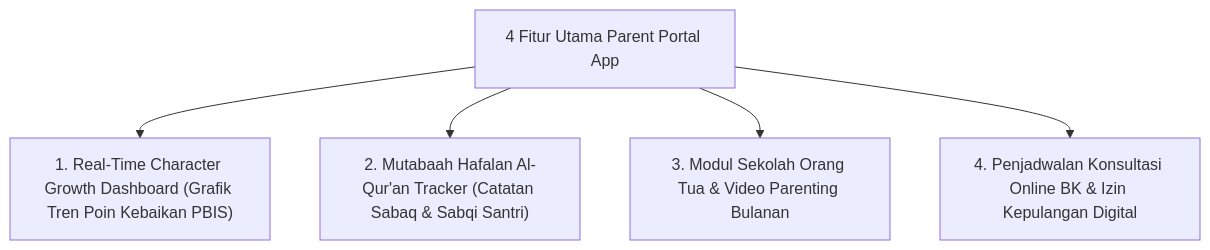
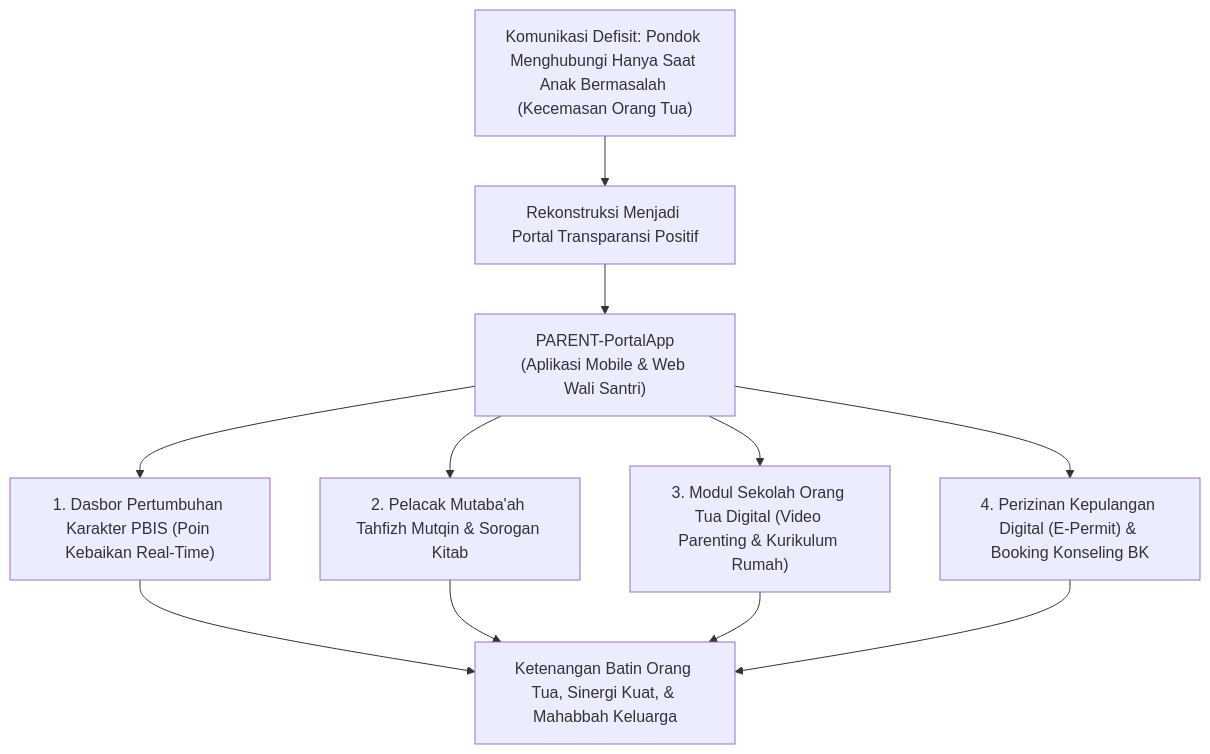
One commit to wandiapriliyandi/tumbuh changed the first of 2 diagrams in 11 Tools/08 Digital Tools/P11-08-02-Spesifikasi-Parent-Portal-Digital-App.md. Above: the diagram before and after it, drawn with Mermaid. The commit also changed other lines of this file and 3 other files, not shown here.

````diff
--- a/11 Tools/08 Digital Tools/P11-08-02-Spesifikasi-Parent-Portal-Digital-App.md
+++ b/11 Tools/08 Digital Tools/P11-08-02-Spesifikasi-Parent-Portal-Digital-App.md
@@ -14,8 +20,10 @@
 ```mermaid
 graph TD
-    ParentAppFeatures["4 Fitur Utama Parent Portal App"]
-    ParentAppFeatures --> CharacterDashboard["1. Real-Time Character Growth Dashboard (Grafik Tren Poin Kebaikan PBIS)"]
-    ParentAppFeatures --> MutabaahQuran["2. Mutabaah Hafalan Al-Qur'an Tracker (Catatan Sabaq & Sabqi Santri)"]
-    ParentAppFeatures --> ParentSchoolAccess["3. Modul Sekolah Orang Tua & Video Parenting Bulanan"]
-    ParentAppFeatures --> BKConsultationSchedule["4. Penjadwalan Konsultasi Online BK & Izin Kepulangan Digital"]
+    KomunikasiDefisit["Komunikasi Defisit: Pondok Menghubungi Hanya Saat Anak Bermasalah (Kecemasan Orang Tua)"] --> Transformasi["Rekonstruksi Menjadi Portal Transparansi Positif"]
+    Transformasi --> ParentApp["PARENT-PortalApp<br/>(Aplikasi Mobile & Web Wali Santri)"]
+    ParentApp --> M1["1. Dasbor Pertumbuhan Karakter PBIS (Poin Kebaikan Real-Time)"]
+    ParentApp --> M2["2. Pelacak Mutaba'ah Tahfizh Mutqin & Sorogan Kitab"]
+    ParentApp --> M3["3. Modul Sekolah Orang Tua Digital (Video Parenting & Kurikulum Rumah)"]
+    ParentApp --> M4["4. Perizinan Kepulangan Digital (E-Permit) & Booking Konseling BK"]
+    M1 & M2 & M3 & M4 --> Ketenangan["Ketenangan Batin Orang Tua, Sinergi Kuat, & Mahabbah Keluarga"]
 ```
````
